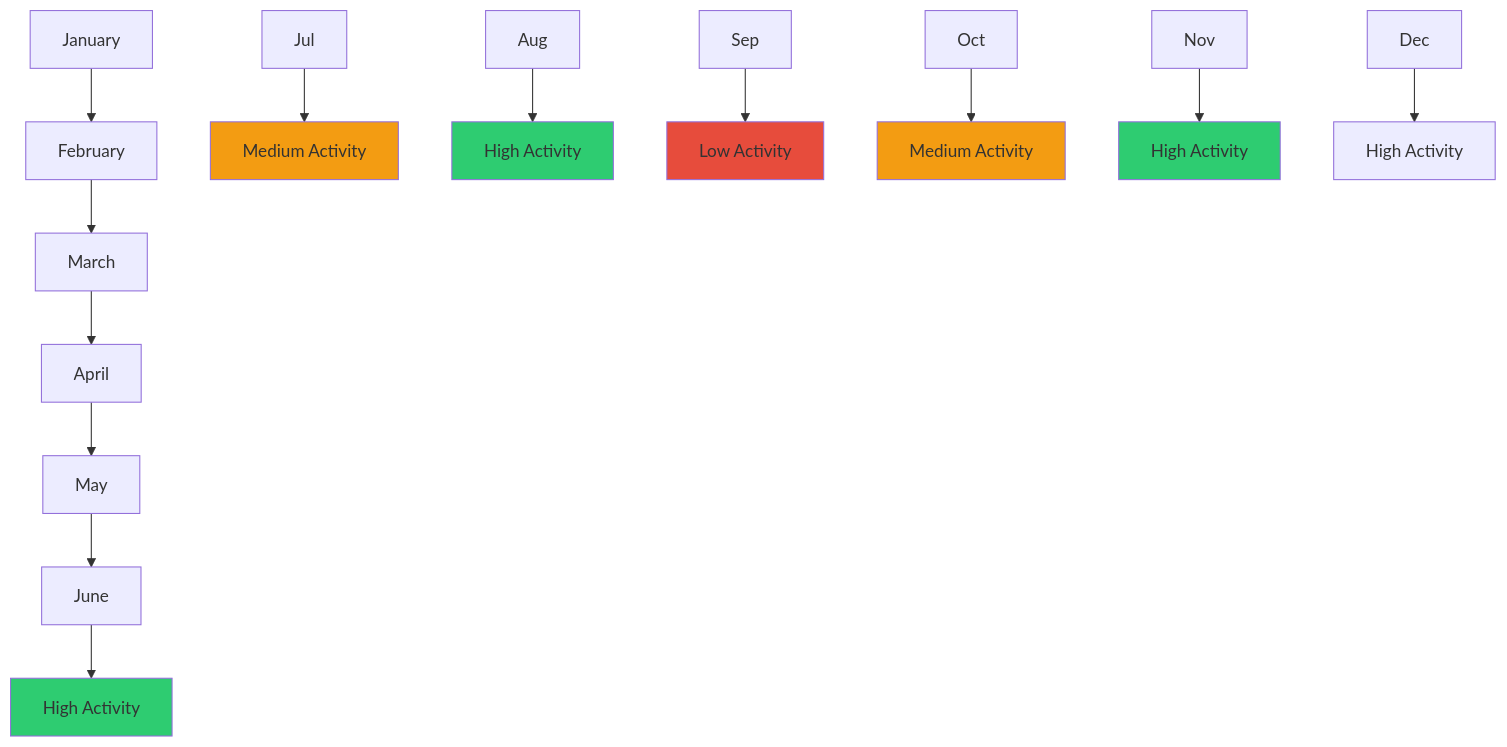
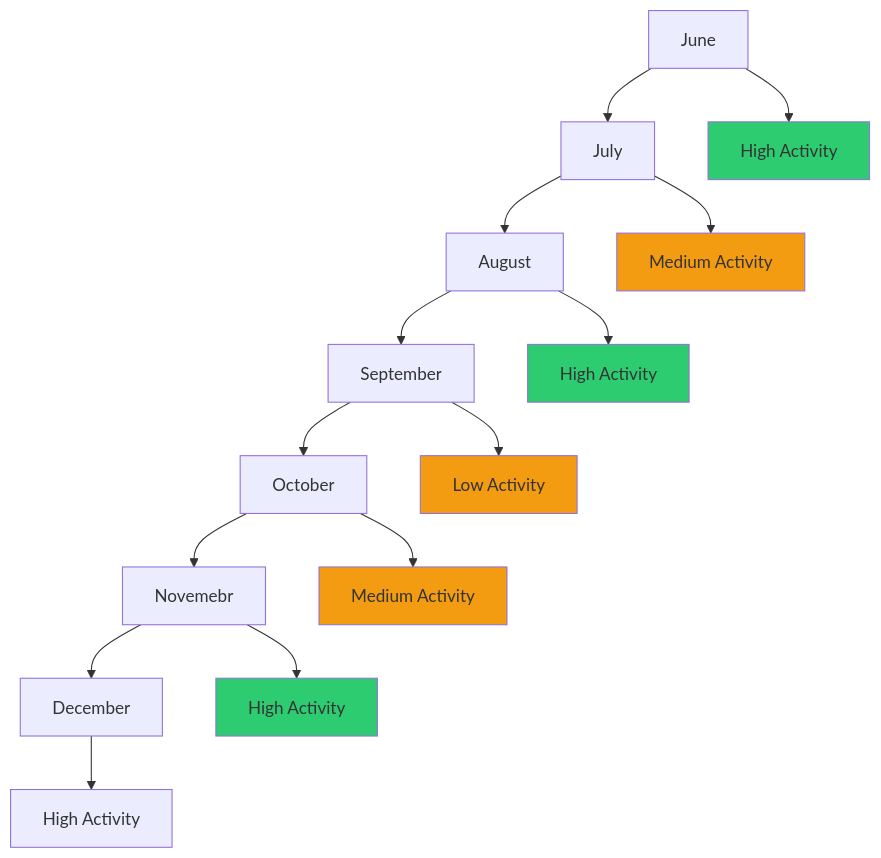
Before and after one commit to MuhammadZafran33/MuhammadZafran33: the fourth of 5 diagrams in README.md, drawn with Mermaid. The commit also changed other lines of this file, not shown here.

````diff
--- a/README.md
+++ b/README.md
@@ -146,23 +146,24 @@
 ```mermaid
 graph TD
-    Jan[January] --> Feb[February]
-    Feb --> Mar[March]
-    Mar --> Apr[April]
-    Apr --> May[May]
-    May --> Jun[June]
+    Jun[June] --> Jul[July]
+    Jul --> Aug[August]
+    Aug --> Sep[September]
+    Sep --> Oct[October]
+    Oct --> Nov[Novemebr]
+    Nov --> Dec[December]
     
     Jun --> C1[High Activity]
     Jul --> C2[Medium Activity]
     Aug --> C3[High Activity]
     Sep --> C4[Low Activity]
     Oct --> C5[Medium Activity]
     Nov --> C6[High Activity]
     Dec --> C7[High Activity]
     
     style C1 fill:#2ecc71
     style C3 fill:#2ecc71
     style C6 fill:#2ecc71
     style C2 fill:#f39c12
     style C5 fill:#f39c12
-    style C4 fill:#e74c3c
+    style C4 fill:#f39c12
 ```
````
